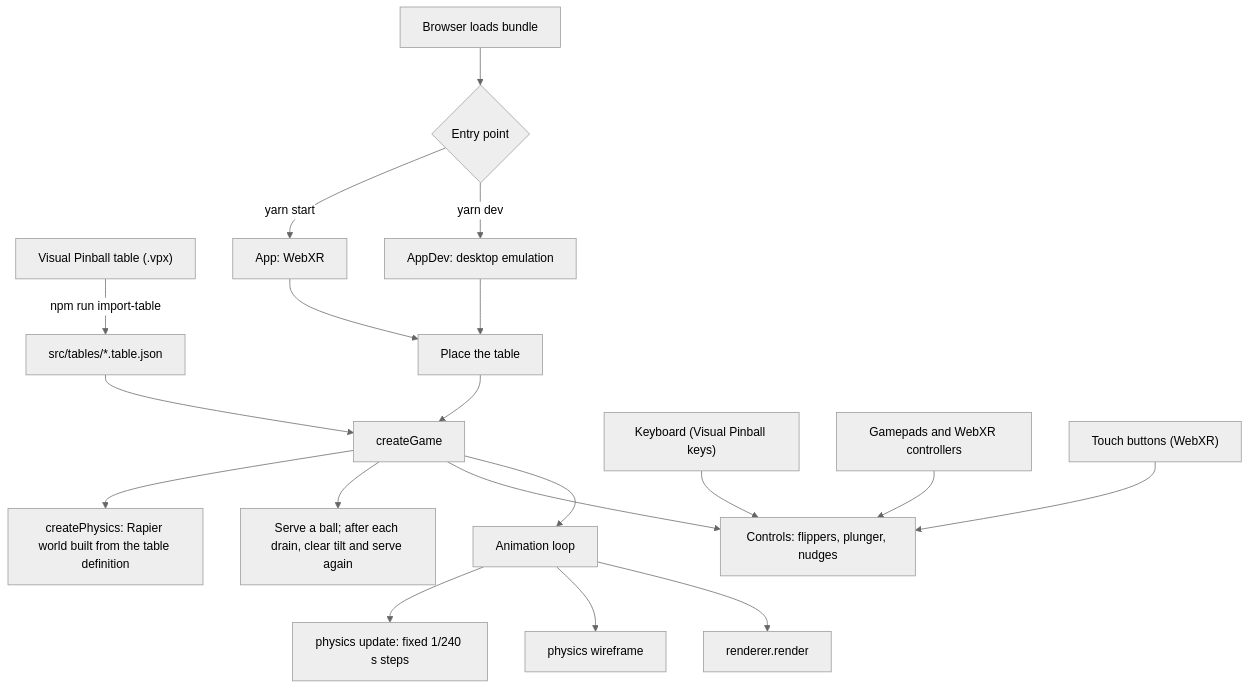
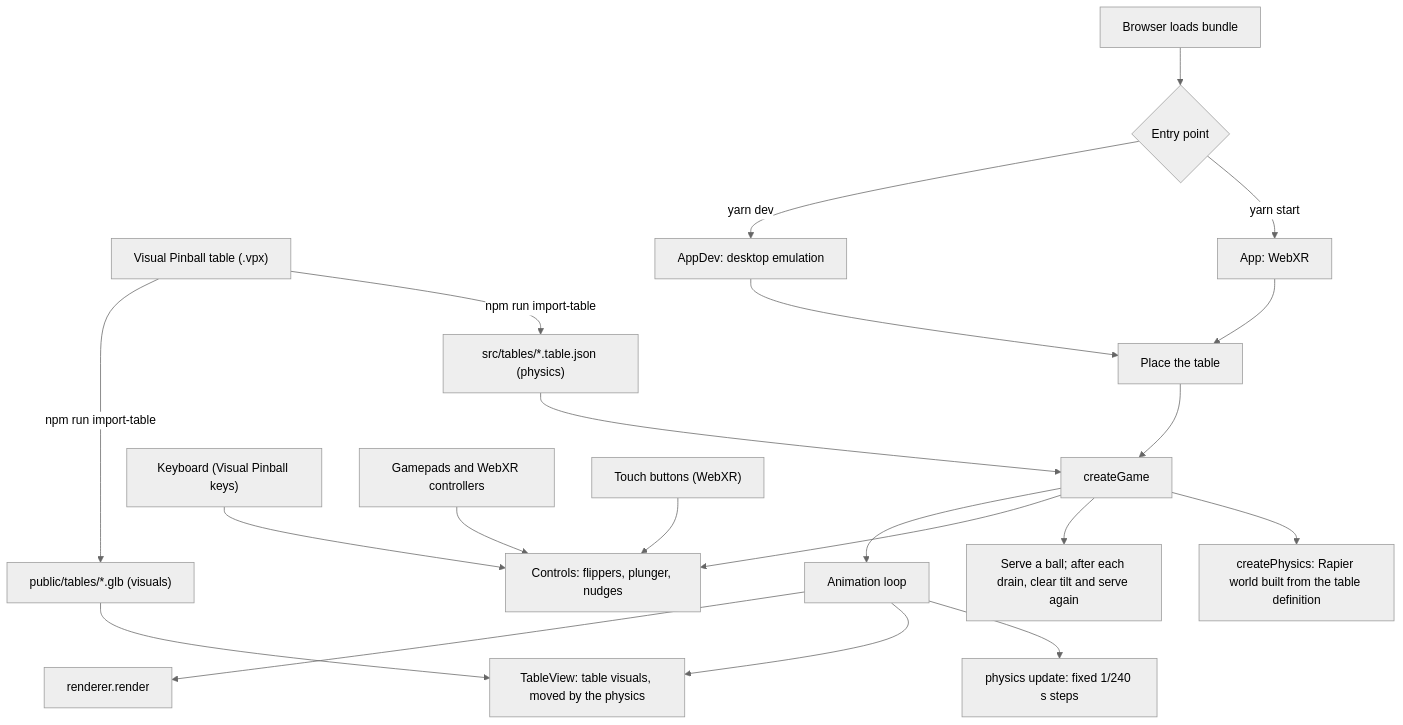
The diagram in README.md (patrick-s-young/pinball-xr), drawn with Mermaid (neutral theme) before and after one commit. The commit also changed other lines of this file and 13 other files, not shown here.

First line of the commit message:
import and display Visual Pinball table visuals

````diff
--- a/README.md
+++ b/README.md
@@ -30,21 +30,23 @@
 ```mermaid
 flowchart TD
-    VPX["Visual Pinball table (.vpx)"] -->|"npm run import-table"| Definition["src/tables/*.table.json"]
+    VPX["Visual Pinball table (.vpx)"] -->|"npm run import-table"| Definition["src/tables/*.table.json (physics)"]
+    VPX -->|"npm run import-table"| Visuals["public/tables/*.glb (visuals)"]
     Start["Browser loads bundle"] --> Entry{"Entry point"}
     Entry -->|"yarn start"| XRApp["App: WebXR"]
     Entry -->|"yarn dev"| DevApp["AppDev: desktop emulation"]
     XRApp --> Placement["Place the table"]
     DevApp --> Placement
     Placement --> Game["createGame"]
     Definition --> Game
     Game --> Physics["createPhysics: Rapier world built from the table definition"]
     Game --> Serve["Serve a ball; after each drain, clear tilt and serve again"]
     Game --> Controls["Controls: flippers, plunger, nudges"]
     Keyboard["Keyboard (Visual Pinball keys)"] --> Controls
     Gamepads["Gamepads and WebXR controllers"] --> Controls
     Touch["Touch buttons (WebXR)"] --> Controls
     Game --> Loop["Animation loop"]
     Loop --> Step["physics update: fixed 1/240 s steps"]
-    Loop --> View["physics wireframe"]
+    Visuals --> View["TableView: table visuals, moved by the physics"]
+    Loop --> View
     Loop --> Render["renderer.render"]
 ```
````
